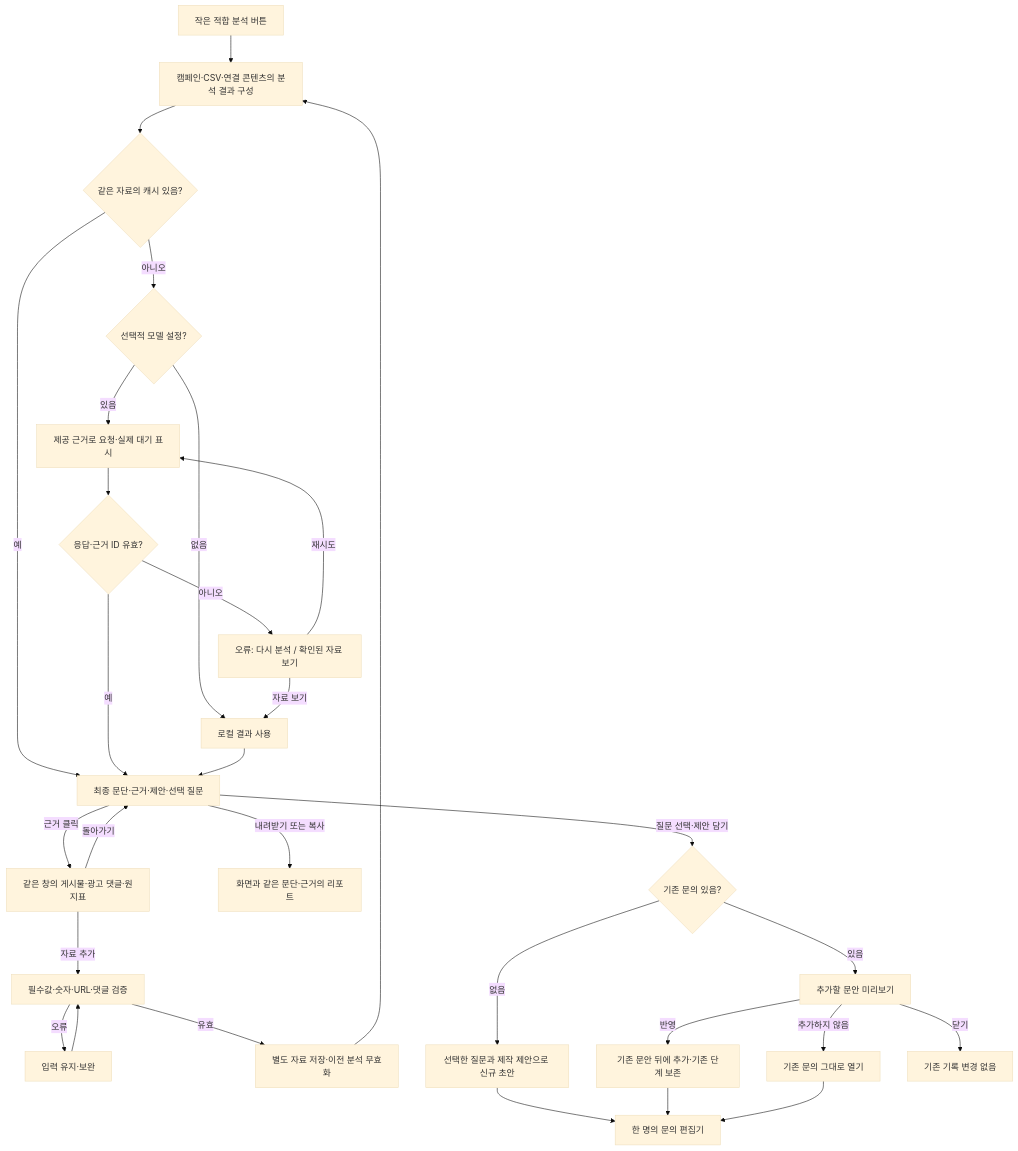
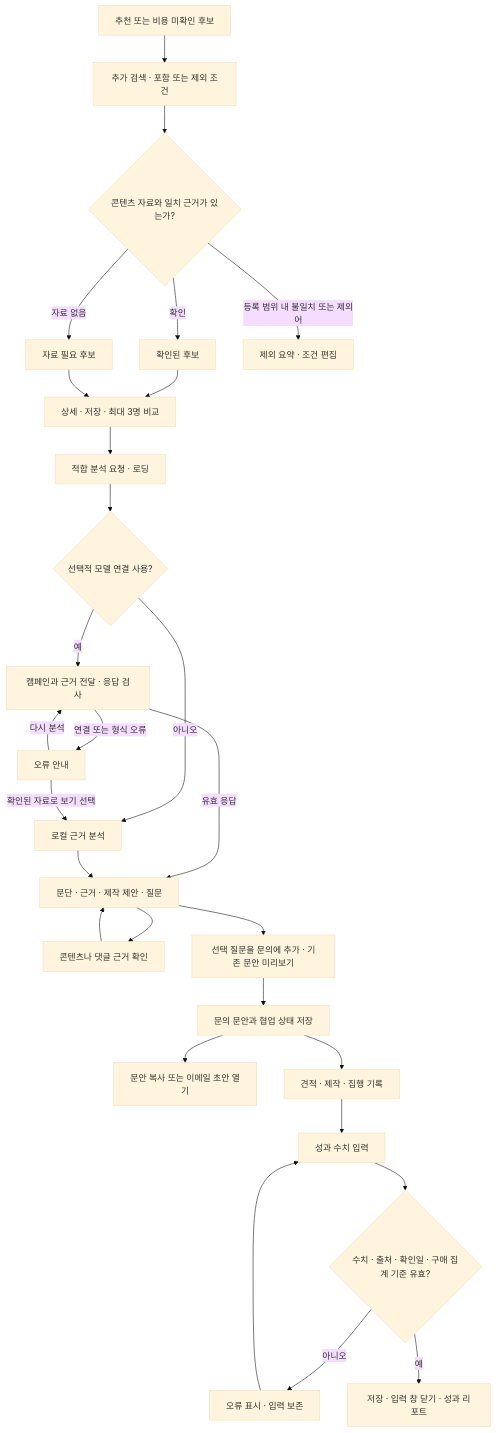
Before and after one commit to vk2commits/creator-match: the third of 3 diagrams in flowchart.md, drawn with Mermaid (base theme). The commit also changed other lines of this file and 11 other files, not shown here.

````diff
--- a/flowchart.md
+++ b/flowchart.md
@@ -135,32 +81,30 @@
 ```mermaid
 flowchart TD
-    A["작은 적합 분석 버튼"] --> B["캠페인·CSV·연결 콘텐츠의 분석 결과 구성"]
-    B --> C{"같은 자료의 캐시 있음?"}
-    C -- 예 --> S["최종 문단·근거·제안·선택 질문"]
-    C -- 아니오 --> K{"선택적 모델 설정?"}
-    K -- 없음 --> L["로컬 결과 사용"]
-    K -- 있음 --> R["제공 근거로 요청·실제 대기 표시"]
-    R --> V{"응답·근거 ID 유효?"}
-    V -- 아니오 --> E["오류: 다시 분석 / 확인된 자료 보기"]
-    E -- 재시도 --> R
-    E -- 자료 보기 --> L
-    V -- 예 --> S
-    L --> S
-    S -- 근거 클릭 --> P["같은 창의 게시물·광고 댓글·원지표"]
-    P -- 돌아가기 --> S
-    P -- 자료 추가 --> N["필수값·숫자·URL·댓글 검증"]
-    N -- 오류 --> NE["입력 유지·보완"]
-    NE --> N
-    N -- 유효 --> U["별도 자료 저장·이전 분석 무효화"]
-    U --> B
-    S -- 내려받기 또는 복사 --> X["화면과 같은 문단·근거의 리포트"]
-    S -- 질문 선택·제안 담기 --> W{"기존 문의 있음?"}
-    W -- 없음 --> NW["선택한 질문과 제작 제안으로 신규 초안"]
-    W -- 있음 --> PV["추가할 문안 미리보기"]
-    PV -- 반영 --> AP["기존 문안 뒤에 추가·기존 단계 보존"]
-    PV -- 추가하지 않음 --> OLD["기존 문의 그대로 열기"]
-    PV -- 닫기 --> CANCEL["기존 기록 변경 없음"]
-    NW --> EDIT["한 명의 문의 편집기"]
-    AP --> EDIT
-    OLD --> EDIT
+    A["추천 또는 비용 미확인 후보"] --> B["추가 검색 · 포함 또는 제외 조건"]
+    B --> C{"콘텐츠 자료와 일치 근거가 있는가?"}
+    C -->|확인| D["확인된 후보"]
+    C -->|자료 없음| E["자료 필요 후보"]
+    C -->|등록 범위 내 불일치 또는 제외어| F["제외 요약 · 조건 편집"]
+    D --> G["상세 · 저장 · 최대 3명 비교"]
+    E --> G
+    G --> H["적합 분석 요청 · 로딩"]
+    H --> I{"선택적 모델 연결 사용?"}
+    I -->|아니오| J["로컬 근거 분석"]
+    I -->|예| K["캠페인과 근거 전달 · 응답 검사"]
+    K -->|연결 또는 형식 오류| ERR["오류 안내"]
+    ERR -->|다시 분석| K
+    ERR -->|확인된 자료로 보기 선택| J
+    K -->|유효 응답| L["문단 · 근거 · 제작 제안 · 질문"]
+    J --> L
+    L --> M["콘텐츠나 댓글 근거 확인"]
+    M --> L
+    L --> N["선택 질문을 문의에 추가 · 기존 문안 미리보기"]
+    N --> O["문의 문안과 협업 상태 저장"]
+    O --> P["문안 복사 또는 이메일 초안 열기"]
+    O --> Q["견적 · 제작 · 집행 기록"]
+    Q --> R["성과 수치 입력"]
+    R --> S{"수치 · 출처 · 확인일 · 구매 집계 기준 유효?"}
+    S -->|아니오| T["오류 표시 · 입력 보존"]
+    T --> R
+    S -->|예| U["저장 · 입력 창 닫기 · 성과 리포트"]
 ```
````
